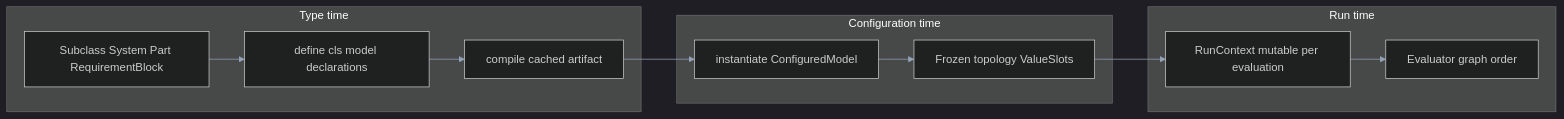
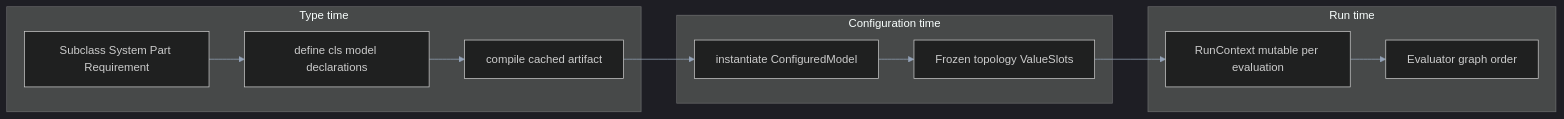
The second of 2 diagrams in docs/user_docs/IMPLEMENTATION_PLAN.md (ThunderGraph/thundergraph-model), drawn with Mermaid before and after one commit. The commit also changed 80 other files, not shown here.

````diff
--- a/docs/user_docs/IMPLEMENTATION_PLAN.md
+++ b/docs/user_docs/IMPLEMENTATION_PLAN.md
@@ -148,18 +148,18 @@
 ```mermaid
 %%{init: {'theme':'dark','themeVariables': { 'primaryColor':'#1e3a5f','primaryTextColor':'#e2e8f0','lineColor':'#94a3b8'}}}%%
 flowchart LR
   subgraph type["Type time"]
-    A["Subclass System Part RequirementBlock"]
+    A["Subclass System Part Requirement"]
     B["define cls model declarations"]
     C["compile cached artifact"]
   end
   subgraph cfg["Configuration time"]
     I["instantiate ConfiguredModel"]
     F["Frozen topology ValueSlots"]
   end
   subgraph run["Run time"]
     R["RunContext mutable per evaluation"]
     E["Evaluator graph order"]
   end
   A --> B --> C --> I --> F --> R --> E
 ```
````
